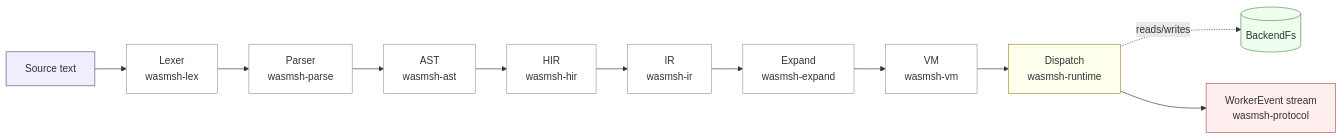
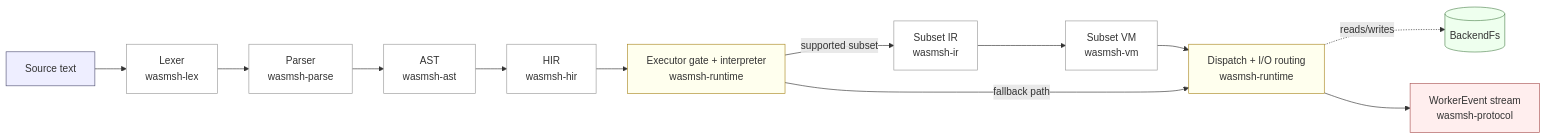
One commit to mayflower/wasmsh changed the first of 4 diagrams in docs/explanation/architecture.md. Above: the diagram before and after it, drawn with Mermaid. The commit also changed other lines of this file and 32 other files, not shown here.

Commit message:
executor: implement prompt-pack runtime refactor

````diff
--- a/docs/explanation/architecture.md
+++ b/docs/explanation/architecture.md
@@ -7,24 +7,26 @@
 ```mermaid
 flowchart LR
     src[Source text]:::input
     lex[Lexer<br/>wasmsh-lex]:::core
     parse[Parser<br/>wasmsh-parse]:::core
     ast[AST<br/>wasmsh-ast]:::core
     hir[HIR<br/>wasmsh-hir]:::core
-    ir[IR<br/>wasmsh-ir]:::core
-    expand[Expand<br/>wasmsh-expand]:::core
-    vm[VM<br/>wasmsh-vm]:::core
-    dispatch[Dispatch<br/>wasmsh-runtime]:::runtime
+    runtime[Executor gate + interpreter<br/>wasmsh-runtime]:::runtime
+    ir[Subset IR<br/>wasmsh-ir]:::core
+    vm[Subset VM<br/>wasmsh-vm]:::core
+    dispatch[Dispatch + I/O routing<br/>wasmsh-runtime]:::runtime
     fs[(BackendFs)]:::fs
     out[WorkerEvent stream<br/>wasmsh-protocol]:::output
 
-    src --> lex --> parse --> ast --> hir --> ir --> expand --> vm --> dispatch
+    src --> lex --> parse --> ast --> hir --> runtime
+    runtime -->|supported subset| ir --> vm --> dispatch
+    runtime -->|fallback path| dispatch
     dispatch -.reads/writes.-> fs
     dispatch --> out
 
     classDef input fill:#eef,stroke:#557
     classDef core fill:#fff,stroke:#999
     classDef runtime fill:#ffe,stroke:#a82
     classDef fs fill:#efe,stroke:#585
     classDef output fill:#fee,stroke:#a55
 ```
````
